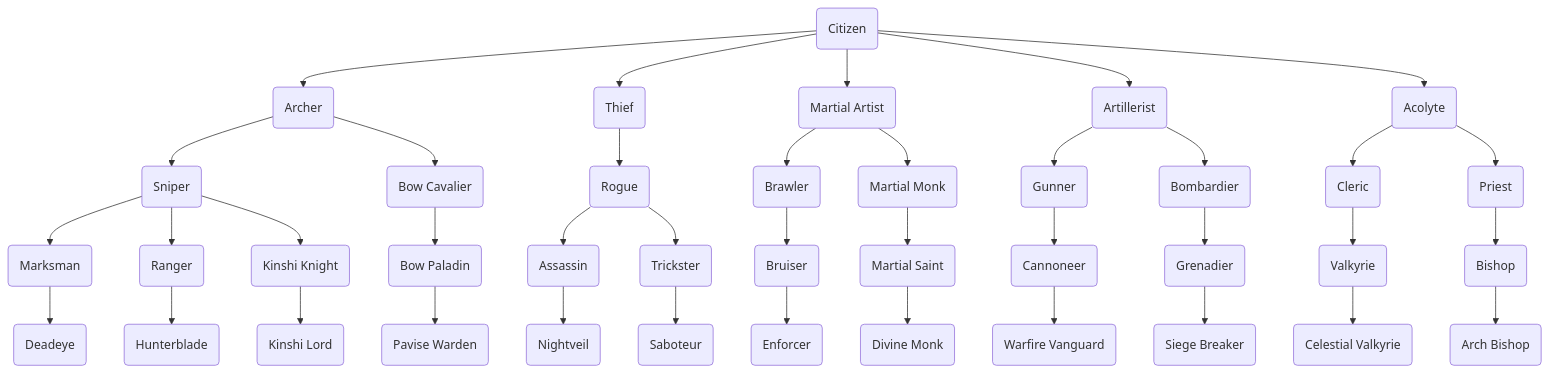
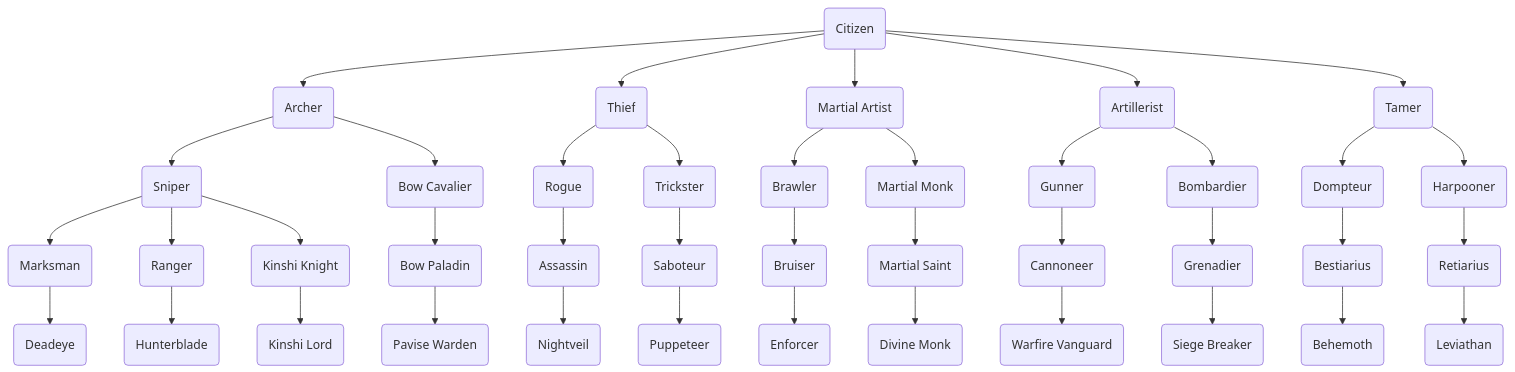
Before and after one commit to DonColon/vigilans-nexum-wiki: the second of 3 diagrams in design/catalog/Unit-Classes.md, drawn with Mermaid. The commit also changed other lines of this file and 5 other files, not shown here.

```diff
--- a/design/catalog/Unit-Classes.md
+++ b/design/catalog/Unit-Classes.md
@@ -96,7 +96,7 @@
 	%% Base Classes
 	citizen(Citizen)
 	archer(Archer)
-	acolyte(Acolyte)
+	tamer(Tamer)
     thief(Thief)
     martial-artist(Martial Artist)
     artillerist(Artillerist)
@@ -105,14 +105,15 @@
     citizen-->thief
     citizen-->martial-artist
     citizen-->artillerist
-    citizen-->acolyte
+    citizen-->tamer
     
     %% Intermediate Classes
     sniper(Sniper)
     bow-cavalier(Bow Cavalier)
-    cleric(Cleric)
-	priest(Priest)
+    dompteur(Dompteur)
+    harpooner(Harpooner)
     rogue(Rogue)
+    trickster(Trickster)
     brawler(Brawler)
     martial-monk(Martial Monk)
     gunner(Gunner)
@@ -120,9 +121,10 @@
     
     archer-->sniper
     archer-->bow-cavalier
-    acolyte-->cleric
-	acolyte-->priest
+    tamer-->dompteur
+    tamer-->harpooner
     thief-->rogue
+    thief-->trickster
     martial-artist-->brawler
     martial-artist-->martial-monk
     artillerist-->gunner
@@ -133,10 +135,10 @@
     ranger(Ranger)
     kinshi-knight(Kinshi Knight)
     bow-paladin(Bow Paladin)
-    valkyrie(Valkyrie)
-	bishop(Bishop)
+    bestiarius(Bestiarius)
+    retiarius(Retiarius)
     assassin(Assassin)
-    trickster(Trickster)
+    saboteur(Saboteur)
     bruiser(Bruiser)
     martial-saint(Martial Saint)
     cannoneer(Cannoneer)
@@ -146,10 +148,10 @@
     sniper-->ranger
     sniper-->kinshi-knight
     bow-cavalier-->bow-paladin
-    cleric-->valkyrie
-	priest-->bishop
+    dompteur-->bestiarius
+    harpooner-->retiarius
     rogue-->assassin
-    rogue-->trickster
+    trickster-->saboteur
     brawler-->bruiser
     martial-monk-->martial-saint
     gunner-->cannoneer
@@ -160,10 +162,10 @@
     hunterblade(Hunterblade)
     kinshi-lord(Kinshi Lord)
     pavise-warden(Pavise Warden)
-    celestial-valkyrie(Celestial Valkyrie)
-	arch-bishop(Arch Bishop)
+    behemoth(Behemoth)
+    leviathan(Leviathan)
     nightveil(Nightveil)
-    saboteur(Saboteur)
+    puppeteer(Puppeteer)
     enforcer(Enforcer)
     divine-monk(Divine Monk)
     warfire-vanguard(Warfire Vanguard)
@@ -173,10 +175,10 @@
     ranger-->hunterblade
     kinshi-knight-->kinshi-lord
     bow-paladin-->pavise-warden
-    valkyrie-->celestial-valkyrie
-	bishop-->arch-bishop
+    bestiarius-->behemoth
+    retiarius-->leviathan
     assassin-->nightveil
-    trickster-->saboteur
+    saboteur-->puppeteer
     bruiser-->enforcer
     martial-saint-->divine-monk
     cannoneer-->warfire-vanguard
```
